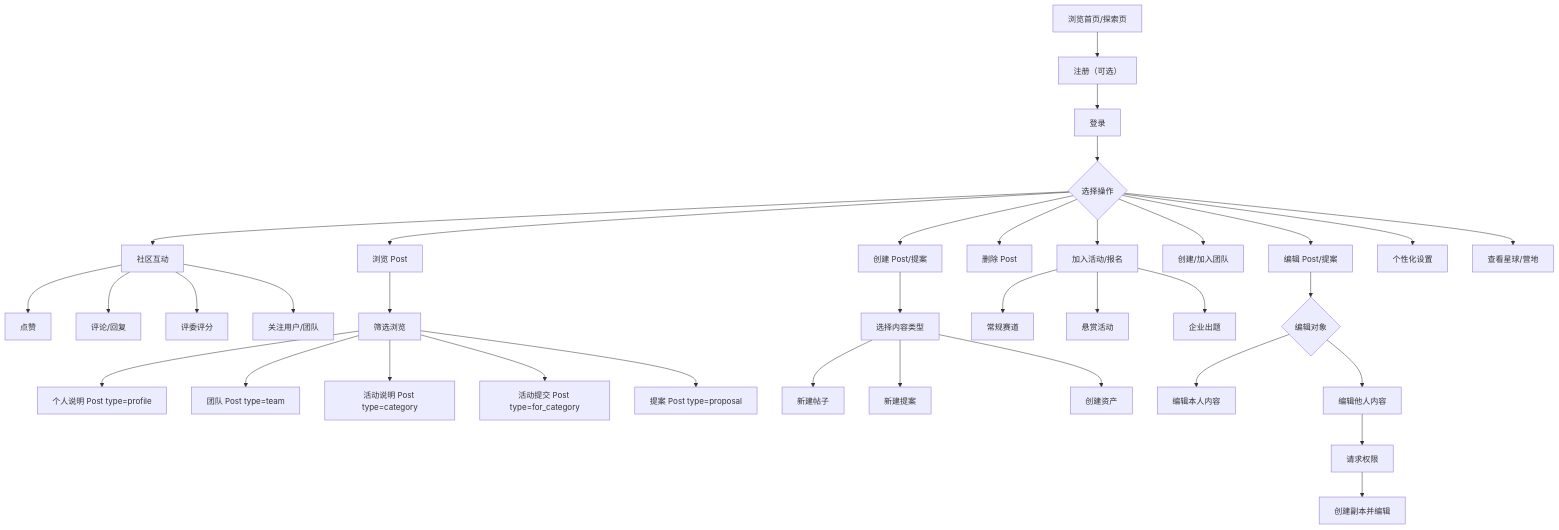
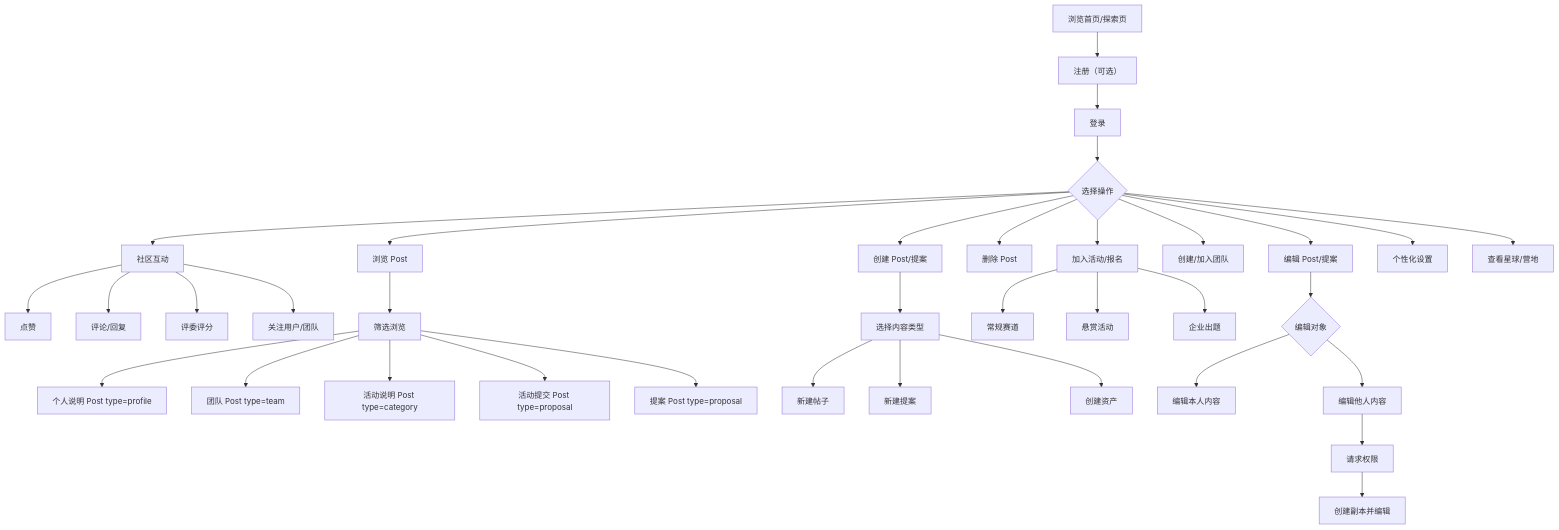
The diagram in docs/user-journeys/appendix-a-user-lifetime.md (H2OSLabs/SynnovatorZero), drawn with Mermaid before and after one commit. The commit also changed 54 other files, not shown here.

First line of the commit message:
refactor: 将 post.type 从 for_category 重命名为 proposal

````diff
--- a/docs/user-journeys/appendix-a-user-lifetime.md
+++ b/docs/user-journeys/appendix-a-user-lifetime.md
@@ -3,42 +3,42 @@
 ```mermaid
 flowchart TD
     A[浏览首页/探索页] --> B[注册（可选）]
     B --> C[登录]
     C --> D{选择操作}
     D --> E[浏览 Post]
     D --> F[创建 Post/提案]
     D --> G[编辑 Post/提案]
     D --> H[删除 Post]
     D --> I[加入活动/报名]
     D --> J[创建/加入团队]
     D --> K[社区互动]
     D --> L[个性化设置]
     D --> M[查看星球/营地]
 
     K --> K1[点赞]
     K --> K2[评论/回复]
     K --> K3[评委评分]
     K --> K4[关注用户/团队]
 
     E --> E1[筛选浏览]
     E1 --> E2[个人说明 Post type=profile]
     E1 --> E3[团队 Post type=team]
     E1 --> E4[活动说明 Post type=category]
-    E1 --> E5[活动提交 Post type=for_category]
+    E1 --> E5[活动提交 Post type=proposal]
     E1 --> E6[提案 Post type=proposal]
 
     F --> F1[选择内容类型]
     F1 --> F2[新建帖子]
     F1 --> F3[新建提案]
     F1 --> F4[创建资产]
 
     I --> I1[常规赛道]
     I --> I2[悬赏活动]
     I --> I3[企业出题]
 
     G --> G1{编辑对象}
     G1 --> G2[编辑本人内容]
     G1 --> G3[编辑他人内容]
     G3 --> G4[请求权限]
     G4 --> G5[创建副本并编辑]
 ```
````
